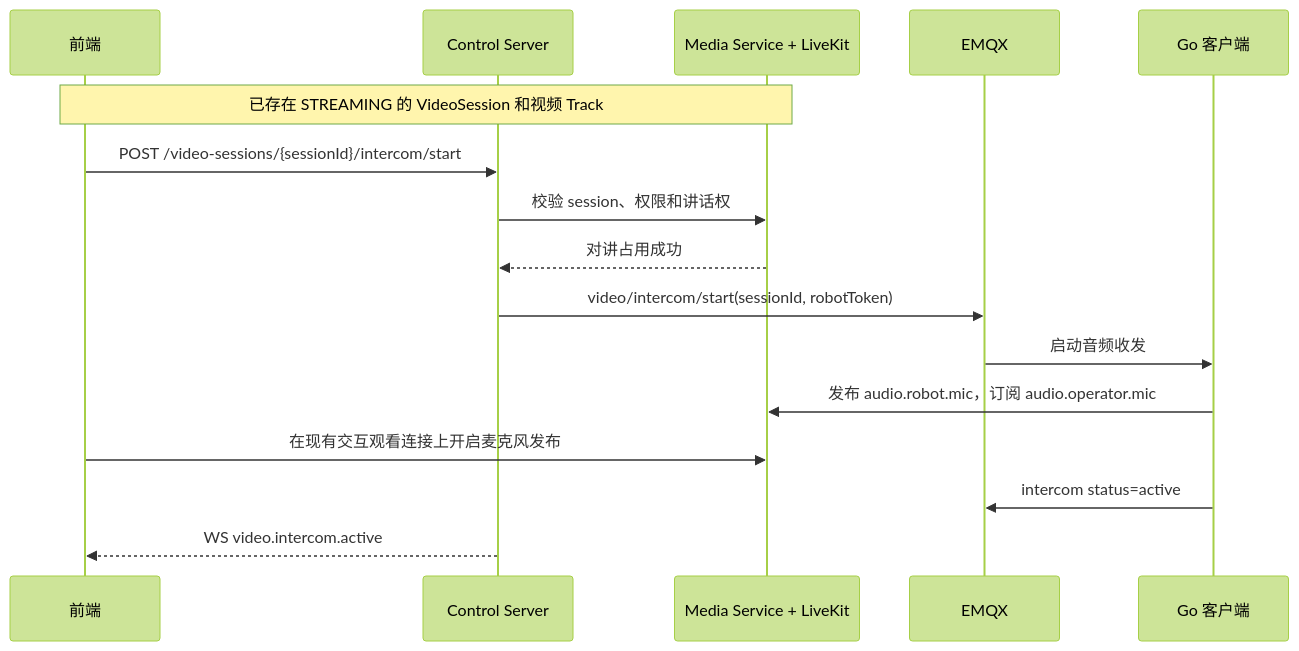
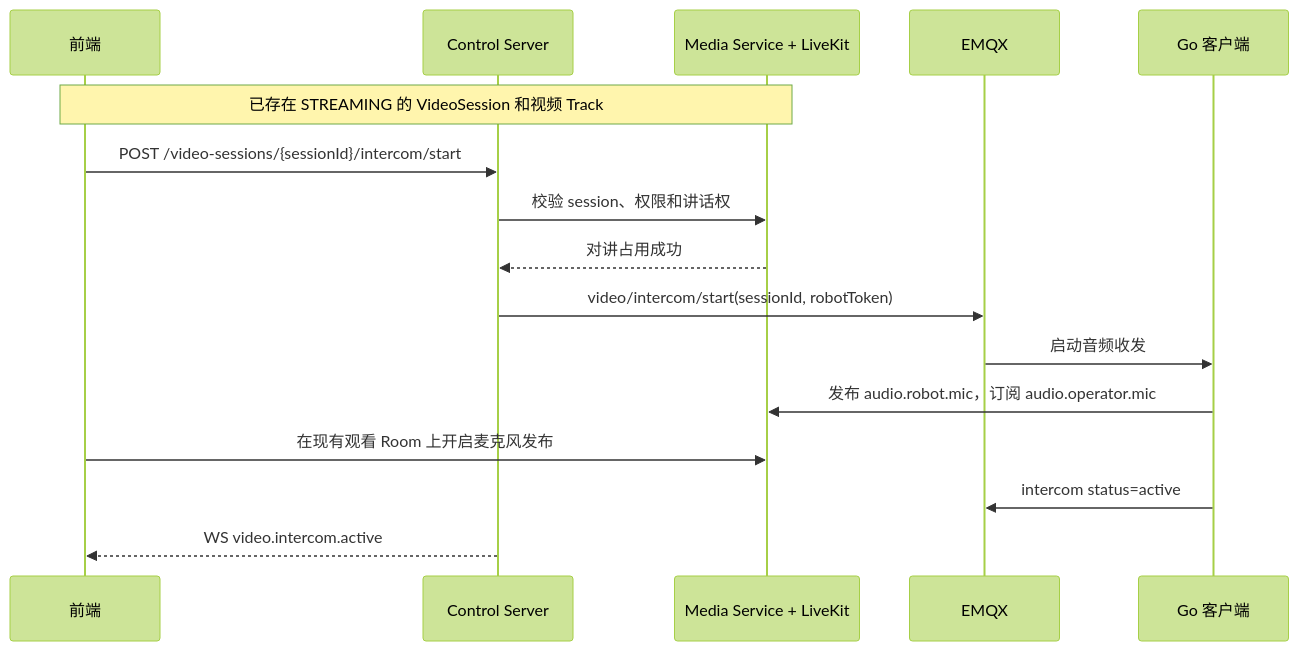
Before and after one commit to waleelay/robot: the first of 2 diagrams in docs/实时视频绑定对讲设计.md, drawn with Mermaid (forest theme). The commit also changed other lines of this file and 53 other files, not shown here.

````diff
--- a/docs/实时视频绑定对讲设计.md
+++ b/docs/实时视频绑定对讲设计.md
@@ -118,19 +118,19 @@
 ```mermaid
 sequenceDiagram
     participant FE as 前端
     participant CS as Control Server
     participant ML as Media Service + LiveKit
     participant MQ as EMQX
     participant GO as Go 客户端
 
     Note over FE,ML: 已存在 STREAMING 的 VideoSession 和视频 Track
     FE->>CS: POST /video-sessions/{sessionId}/intercom/start
     CS->>ML: 校验 session、权限和讲话权
     ML-->>CS: 对讲占用成功
     CS->>MQ: video/intercom/start(sessionId, robotToken)
     MQ->>GO: 启动音频收发
     GO->>ML: 发布 audio.robot.mic，订阅 audio.operator.mic
-    FE->>ML: 在现有交互观看连接上开启麦克风发布
+    FE->>ML: 在现有观看 Room 上开启麦克风发布
     GO->>MQ: intercom status=active
     CS-->>FE: WS video.intercom.active
 ```
````
